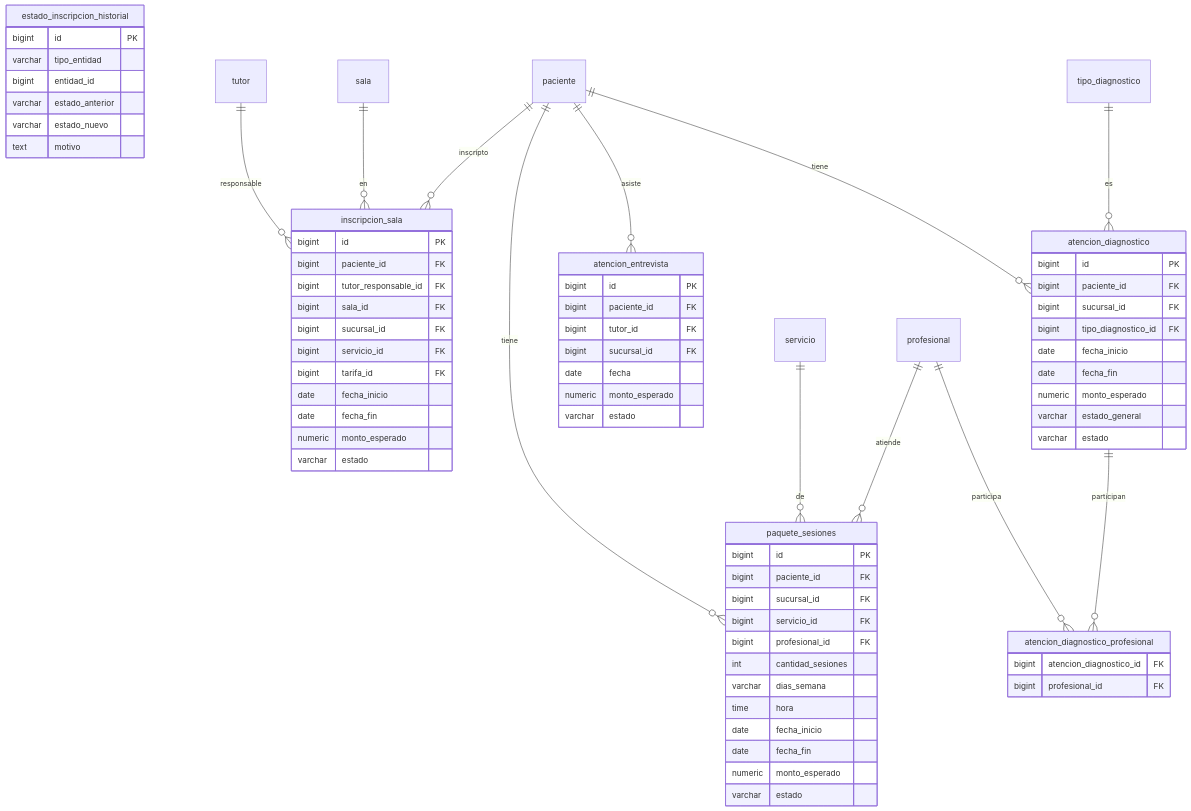
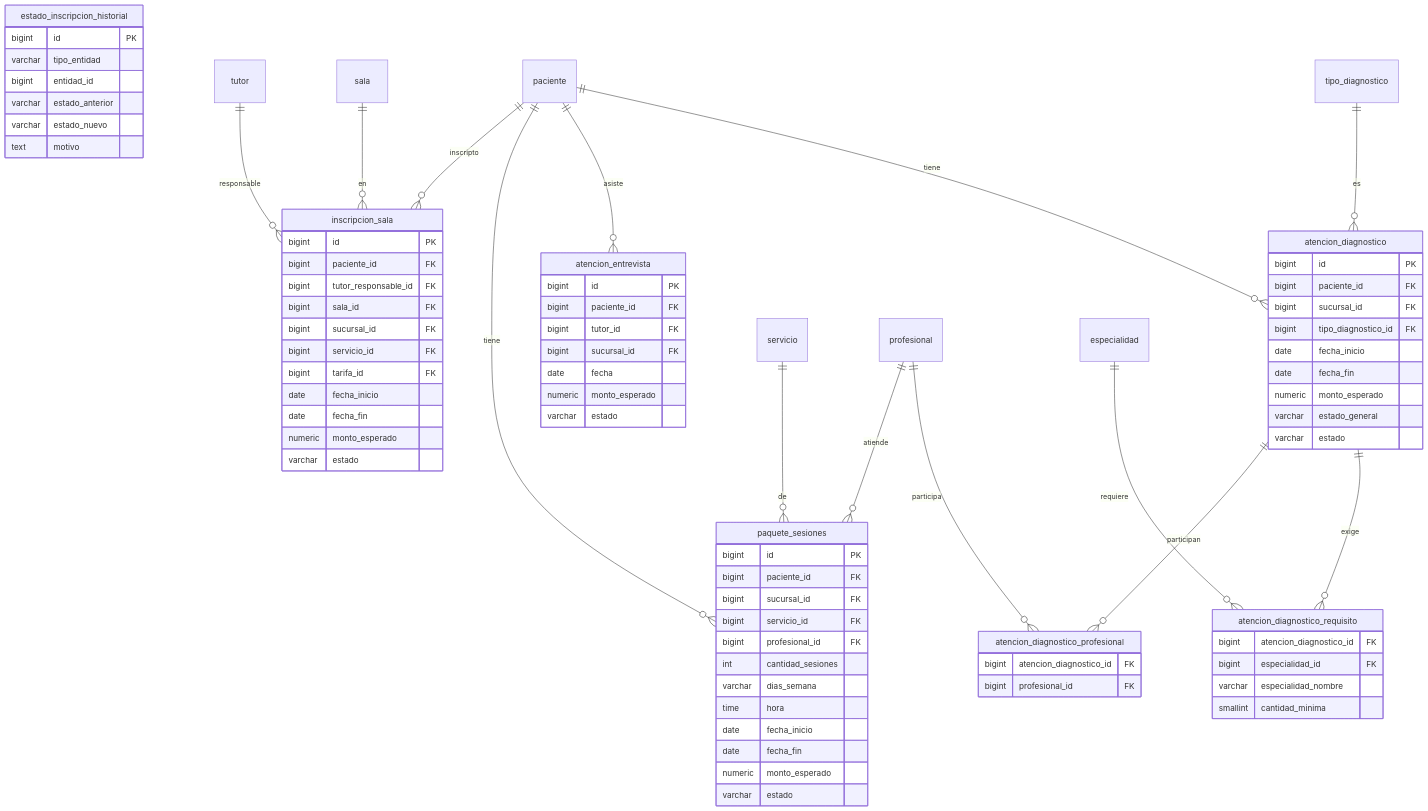
The fifth of 10 diagrams in backend/database/database.md (Grillo26/SistemaTalitaCumi), drawn with Mermaid before and after one commit. The commit also changed other lines of this file and 234 other files, not shown here.

````diff
--- a/backend/database/database.md
+++ b/backend/database/database.md
@@ -402,74 +402,82 @@
 ```mermaid
 erDiagram
     inscripcion_sala {
         bigint id PK
         bigint paciente_id FK
         bigint tutor_responsable_id FK
         bigint sala_id FK
         bigint sucursal_id FK
         bigint servicio_id FK
         bigint tarifa_id FK
         date fecha_inicio
         date fecha_fin
         numeric monto_esperado
         varchar estado
     }
     paquete_sesiones {
         bigint id PK
         bigint paciente_id FK
         bigint sucursal_id FK
         bigint servicio_id FK
         bigint profesional_id FK
         int cantidad_sesiones
         varchar dias_semana
         time hora
         date fecha_inicio
         date fecha_fin
         numeric monto_esperado
         varchar estado
     }
     atencion_entrevista {
         bigint id PK
         bigint paciente_id FK
         bigint tutor_id FK
         bigint sucursal_id FK
         date fecha
         numeric monto_esperado
         varchar estado
     }
     atencion_diagnostico {
         bigint id PK
         bigint paciente_id FK
         bigint sucursal_id FK
         bigint tipo_diagnostico_id FK
         date fecha_inicio
         date fecha_fin
         numeric monto_esperado
         varchar estado_general
         varchar estado
     }
     atencion_diagnostico_profesional {
         bigint atencion_diagnostico_id FK
         bigint profesional_id FK
     }
+    atencion_diagnostico_requisito {
+        bigint atencion_diagnostico_id FK
+        bigint especialidad_id FK
+        varchar especialidad_nombre
+        smallint cantidad_minima
+    }
     estado_inscripcion_historial {
         bigint id PK
         varchar tipo_entidad
         bigint entidad_id
         varchar estado_anterior
         varchar estado_nuevo
         text motivo
     }
 
     paciente ||--o{ inscripcion_sala : "inscripto"
     tutor ||--o{ inscripcion_sala : "responsable"
     sala ||--o{ inscripcion_sala : "en"
     paciente ||--o{ paquete_sesiones : "tiene"
     servicio ||--o{ paquete_sesiones : "de"
     profesional ||--o{ paquete_sesiones : "atiende"
     paciente ||--o{ atencion_entrevista : "asiste"
     paciente ||--o{ atencion_diagnostico : "tiene"
     tipo_diagnostico ||--o{ atencion_diagnostico : "es"
     atencion_diagnostico ||--o{ atencion_diagnostico_profesional : "participan"
     profesional ||--o{ atencion_diagnostico_profesional : "participa"
+    atencion_diagnostico ||--o{ atencion_diagnostico_requisito : "exige"
+    especialidad ||--o{ atencion_diagnostico_requisito : "requiere"
 ```
````
